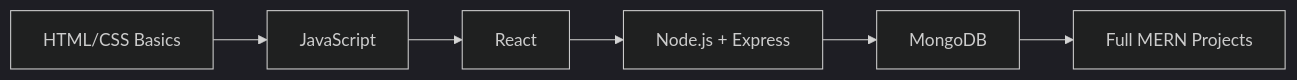
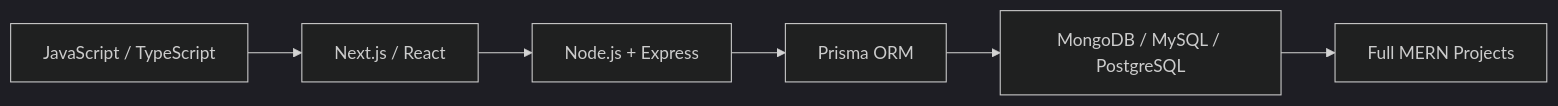
One commit to milanbhandari047/milanbhandari047 changed the diagram in README.md. Above: the diagram before and after it, drawn with Mermaid (dark theme). The commit also changed other lines of this file, not shown here.

````diff
--- a/README.md
+++ b/README.md
@@ -150,8 +168,8 @@
 ```mermaid
 graph LR
-    A[HTML/CSS Basics] --> B[JavaScript]
-    B --> C[React]
-    C --> D[Node.js + Express]
-    D --> E[MongoDB]
+    A[JavaScript / TypeScript] --> B[Next.js / React]
+    B --> C[Node.js + Express]
+    C --> D[Prisma ORM]
+    D --> E[MongoDB / MySQL / PostgreSQL]
     E --> F[Full MERN Projects]
 ```
````
